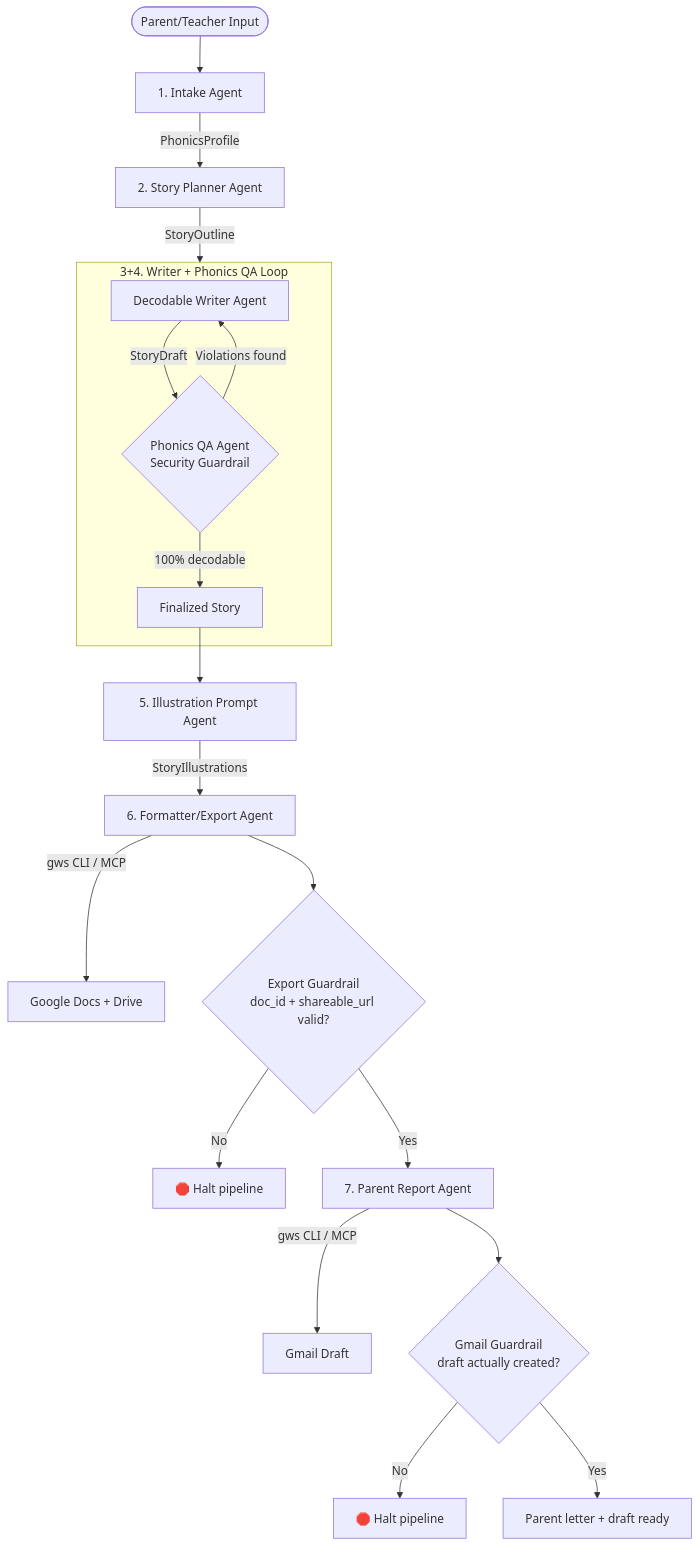
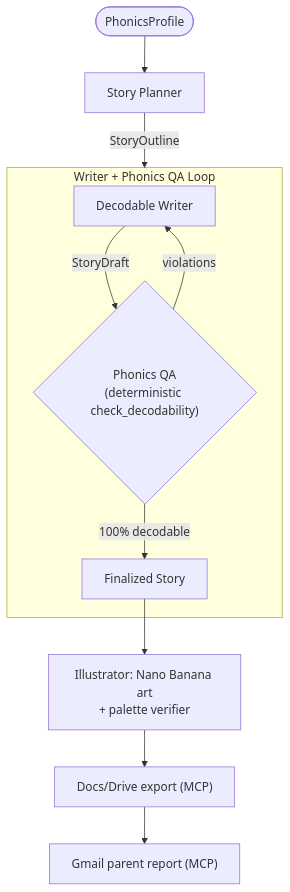
The second of 2 diagrams in README.md (tannergriffith-beep/phono-storyforge), drawn with Mermaid before and after one commit. The commit also changed other lines of this file and 1 other file, not shown here.

````diff
--- a/README.md
+++ b/README.md
@@ -17,25 +49,15 @@
 ```mermaid
 graph TD
-    User([Parent/Teacher Input]) --> Intake[1. Intake Agent]
-    Intake -->|PhonicsProfile| Planner[2. Story Planner Agent]
+    Profile([PhonicsProfile]) --> Planner[Story Planner]
     Planner -->|StoryOutline| Loop
 
-    subgraph Loop["3+4. Writer + Phonics QA Loop"]
-        Writer["Decodable Writer Agent"] -->|StoryDraft| QA{"Phonics QA Agent<br/>Security Guardrail"}
-        QA -->|Violations found| Writer
-        QA -->|100% decodable| LoopExit["Finalized Story"]
+    subgraph Loop["Writer + Phonics QA Loop"]
+        Writer["Decodable Writer"] -->|StoryDraft| QA{"Phonics QA<br/>(deterministic check_decodability)"}
+        QA -->|violations| Writer
+        QA -->|100% decodable| Done["Finalized Story"]
     end
 
-    LoopExit --> Illustration["5. Illustration Prompt Agent"]
-    Illustration -->|StoryIllustrations| Formatter["6. Formatter/Export Agent"]
-
-    Formatter -->|"gws CLI / MCP"| GWS1["Google Docs + Drive"]
-    Formatter --> Guard1{"Export Guardrail<br/>doc_id + shareable_url valid?"}
-    Guard1 -->|No| Halt1["🛑 Halt pipeline"]
-    Guard1 -->|Yes| Parent["7. Parent Report Agent"]
-
-    Parent -->|"gws CLI / MCP"| GWS2["Gmail Draft"]
-    Parent --> Guard2{"Gmail Guardrail<br/>draft actually created?"}
-    Guard2 -->|No| Halt2["🛑 Halt pipeline"]
-    Guard2 -->|Yes| Done["Parent letter + draft ready"]
+    Done --> Illust["Illustrator: Nano Banana art<br/>+ palette verifier"]
+    Illust --> Export["Docs/Drive export (MCP)"]
+    Export --> Report["Gmail parent report (MCP)"]
 ```
````
